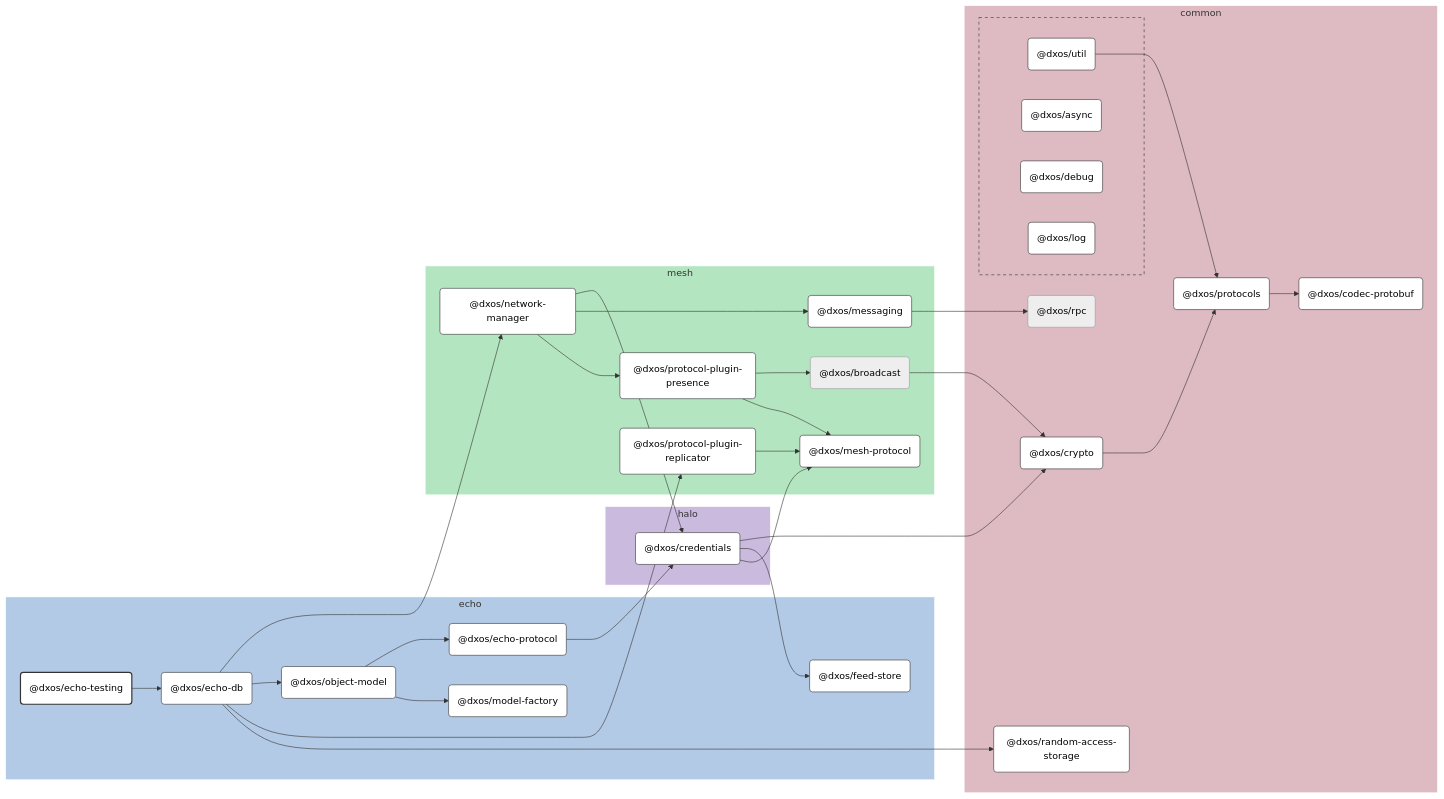
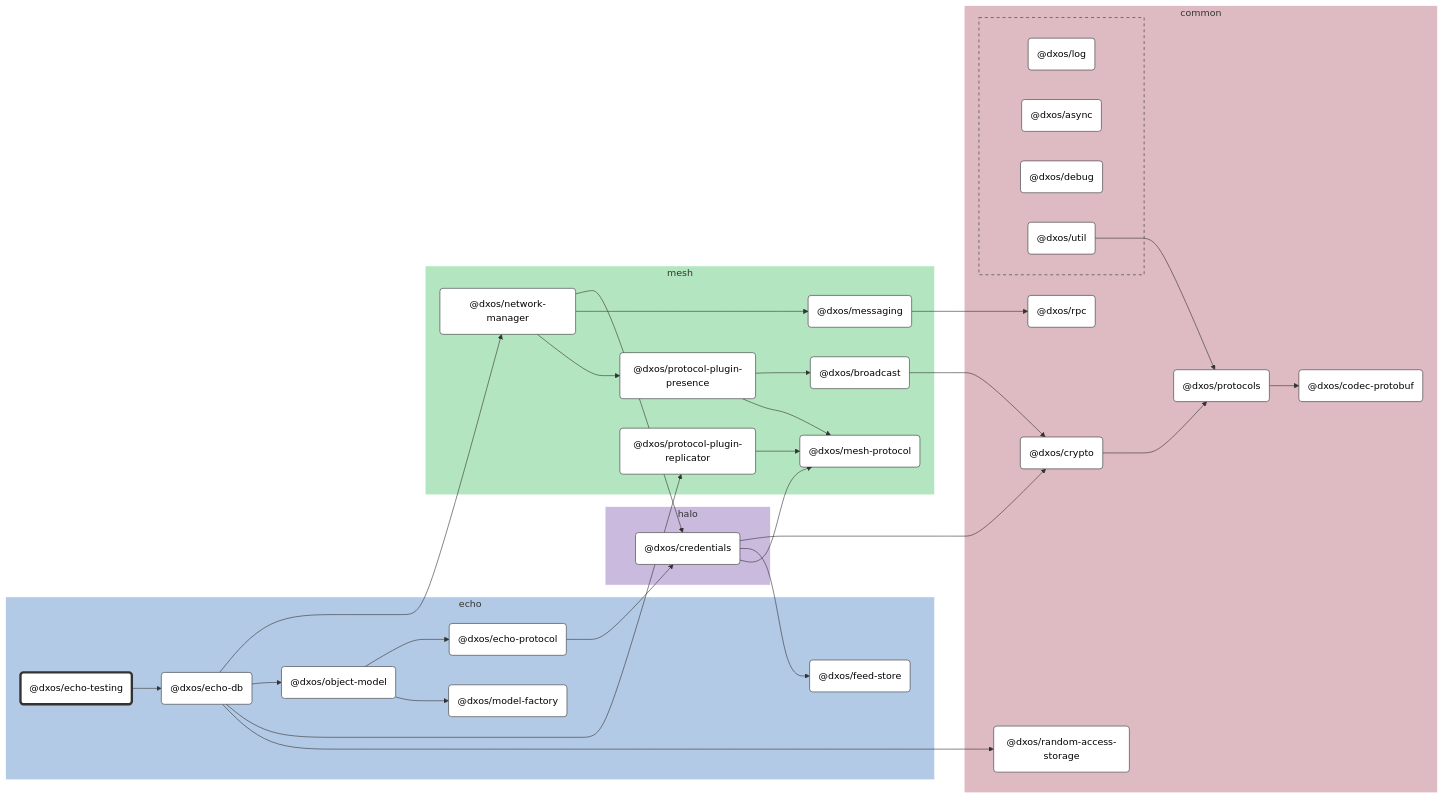
One commit to dxos/dxos changed the diagram in packages/echo/echo-testing/docs/README.md. Above: the diagram before and after it, drawn with Mermaid (neutral theme). The commit also changed other lines of this file and 104 other files, not shown here.

````diff
--- a/packages/echo/echo-testing/docs/README.md
+++ b/packages/echo/echo-testing/docs/README.md
@@ -9,124 +9,98 @@
 
 flowchart LR
 
-%% Links
-dxos/broadcast --> dxos/crypto;
-dxos/credentials --> dxos/crypto;
-dxos/credentials --> dxos/feed-store;
-dxos/credentials --> dxos/mesh-protocol;
-dxos/crypto --> dxos/protocols;
-dxos/echo-db --> dxos/network-manager;
-dxos/echo-db --> dxos/object-model;
-dxos/echo-db --> dxos/protocol-plugin-replicator;
-dxos/echo-db --> dxos/random-access-storage;
-dxos/echo-protocol --> dxos/credentials;
-dxos/echo-testing --> dxos/echo-db;
-dxos/messaging --> dxos/rpc;
-dxos/network-manager --> dxos/credentials;
-dxos/network-manager --> dxos/messaging;
-dxos/network-manager --> dxos/protocol-plugin-presence;
-dxos/object-model --> dxos/echo-protocol;
-dxos/object-model --> dxos/model-factory;
-dxos/protocol-plugin-presence --> dxos/broadcast;
-dxos/protocol-plugin-presence --> dxos/mesh-protocol;
-dxos/protocol-plugin-replicator --> dxos/mesh-protocol;
-dxos/protocols --> dxos/codec-protobuf;
-dxos/util --> dxos/protocols;
+%% Classes
+classDef def fill:#fff,stroke:#333,stroke-width:1px
+classDef root fill:#fff,stroke:#333,stroke-width:4px
 
-%% Sections
-subgraph echo
-  style echo fill:#b3cae6,stroke:#fff;
+%% Nodes
 
-  dxos/echo-db("@dxos/echo-db")
-  dxos/echo-protocol("@dxos/echo-protocol")
-  dxos/echo-testing("@dxos/echo-testing")
-  dxos/feed-store("@dxos/feed-store")
-  dxos/model-factory("@dxos/model-factory")
-  dxos/object-model("@dxos/object-model")
+subgraph echo [echo]
+  style echo fill:#b3cae6,stroke:#fff
+  dxos/echo-testing("@dxos/echo-testing"):::root
+  click dxos/echo-testing "dxos/dxos/tree/main/packages/echo/echo-testing/docs"
+  dxos/echo-db("@dxos/echo-db"):::def
+  click dxos/echo-db "dxos/dxos/tree/main/packages/echo/echo-db/docs"
+  dxos/feed-store("@dxos/feed-store"):::def
+  click dxos/feed-store "dxos/dxos/tree/main/packages/echo/feed-store/docs"
+  dxos/echo-protocol("@dxos/echo-protocol"):::def
+  click dxos/echo-protocol "dxos/dxos/tree/main/packages/echo/echo-protocol/docs"
+  dxos/model-factory("@dxos/model-factory"):::def
+  click dxos/model-factory "dxos/dxos/tree/main/packages/echo/model-factory/docs"
+  dxos/object-model("@dxos/object-model"):::def
+  click dxos/object-model "dxos/dxos/tree/main/packages/echo/object-model/docs"
 end
 
-subgraph common
-  style common fill:#debac2,stroke:#fff;
-
-  dxos/codec-protobuf("@dxos/codec-protobuf")
-  dxos/crypto("@dxos/crypto")
-  dxos/protocols("@dxos/protocols")
-  dxos/random-access-storage("@dxos/random-access-storage")
-  dxos/rpc("@dxos/rpc")
+subgraph common [common]
+  style common fill:#debac2,stroke:#fff
+  dxos/codec-protobuf("@dxos/codec-protobuf"):::def
+  click dxos/codec-protobuf "dxos/dxos/tree/main/packages/common/codec-protobuf/docs"
+  dxos/crypto("@dxos/crypto"):::def
+  click dxos/crypto "dxos/dxos/tree/main/packages/common/crypto/docs"
+  dxos/protocols("@dxos/protocols"):::def
+  click dxos/protocols "dxos/dxos/tree/main/packages/common/protocols/docs"
+  dxos/rpc("@dxos/rpc"):::def
+  click dxos/rpc "dxos/dxos/tree/main/packages/common/rpc/docs"
+  dxos/random-access-storage("@dxos/random-access-storage"):::def
+  click dxos/random-access-storage "dxos/dxos/tree/main/packages/common/random-access-storage/docs"
 
   subgraph common-excluded [ ]
-    style common-excluded fill:#debac2,stroke:#333,stroke-dasharray:5 5;
-
-    dxos/async("@dxos/async")
-    dxos/debug("@dxos/debug")
-    dxos/log("@dxos/log")
-    dxos/util("@dxos/util")
+    style common-excluded fill:#debac2,stroke:#333,stroke-dasharray:5 5
+    dxos/log("@dxos/log"):::def
+    click dxos/log "dxos/dxos/tree/main/packages/common/log/docs"
+    dxos/async("@dxos/async"):::def
+    click dxos/async "dxos/dxos/tree/main/packages/common/async/docs"
+    dxos/debug("@dxos/debug"):::def
+    click dxos/debug "dxos/dxos/tree/main/packages/common/debug/docs"
+    dxos/util("@dxos/util"):::def
+    click dxos/util "dxos/dxos/tree/main/packages/common/util/docs"
   end
 end
 
-subgraph halo
-  style halo fill:#cabade,stroke:#fff;
-
-  dxos/credentials("@dxos/credentials")
+subgraph halo [halo]
+  style halo fill:#cabade,stroke:#fff
+  dxos/credentials("@dxos/credentials"):::def
+  click dxos/credentials "dxos/dxos/tree/main/packages/halo/credentials/docs"
 end
 
-subgraph mesh
-  style mesh fill:#b3e6c0,stroke:#fff;
-
-  dxos/broadcast("@dxos/broadcast")
-  dxos/mesh-protocol("@dxos/mesh-protocol")
-  dxos/messaging("@dxos/messaging")
-  dxos/network-manager("@dxos/network-manager")
-  dxos/protocol-plugin-presence("@dxos/protocol-plugin-presence")
-  dxos/protocol-plugin-replicator("@dxos/protocol-plugin-replicator")
+subgraph mesh [mesh]
+  style mesh fill:#b3e6c0,stroke:#fff
+  dxos/mesh-protocol("@dxos/mesh-protocol"):::def
+  click dxos/mesh-protocol "dxos/dxos/tree/main/packages/mesh/mesh-protocol/docs"
+  dxos/messaging("@dxos/messaging"):::def
+  click dxos/messaging "dxos/dxos/tree/main/packages/mesh/messaging/docs"
+  dxos/network-manager("@dxos/network-manager"):::def
+  click dxos/network-manager "dxos/dxos/tree/main/packages/mesh/network-manager/docs"
+  dxos/protocol-plugin-presence("@dxos/protocol-plugin-presence"):::def
+  click dxos/protocol-plugin-presence "dxos/dxos/tree/main/packages/mesh/protocol-plugin-presence/docs"
+  dxos/broadcast("@dxos/broadcast"):::def
+  click dxos/broadcast "dxos/dxos/tree/main/packages/mesh/broadcast/docs"
+  dxos/protocol-plugin-replicator("@dxos/protocol-plugin-replicator"):::def
+  click dxos/protocol-plugin-replicator "dxos/dxos/tree/main/packages/mesh/protocol-plugin-replicator/docs"
 end
 
-
-%% Hyperlinks
-click dxos/async "dxos/dxos/tree/main/packages/common/async/docs";
-click dxos/codec-protobuf "dxos/dxos/tree/main/packages/common/codec-protobuf/docs";
-click dxos/credentials "dxos/dxos/tree/main/packages/halo/credentials/docs";
-click dxos/crypto "dxos/dxos/tree/main/packages/common/crypto/docs";
-click dxos/debug "dxos/dxos/tree/main/packages/common/debug/docs";
-click dxos/echo-db "dxos/dxos/tree/main/packages/echo/echo-db/docs";
-click dxos/echo-protocol "dxos/dxos/tree/main/packages/echo/echo-protocol/docs";
-click dxos/feed-store "dxos/dxos/tree/main/packages/echo/feed-store/docs";
-click dxos/log "dxos/dxos/tree/main/packages/common/log/docs";
-click dxos/mesh-protocol "dxos/dxos/tree/main/packages/mesh/mesh-protocol/docs";
-click dxos/messaging "dxos/dxos/tree/main/packages/mesh/messaging/docs";
-click dxos/model-factory "dxos/dxos/tree/main/packages/echo/model-factory/docs";
-click dxos/network-manager "dxos/dxos/tree/main/packages/mesh/network-manager/docs";
-click dxos/object-model "dxos/dxos/tree/main/packages/echo/object-model/docs";
-click dxos/protocol-plugin-presence "dxos/dxos/tree/main/packages/mesh/protocol-plugin-presence/docs";
-click dxos/protocol-plugin-replicator "dxos/dxos/tree/main/packages/mesh/protocol-plugin-replicator/docs";
-click dxos/protocols "dxos/dxos/tree/main/packages/common/protocols/docs";
-click dxos/random-access-storage "dxos/dxos/tree/main/packages/common/random-access-storage/docs";
-click dxos/util "dxos/dxos/tree/main/packages/common/util/docs";
-
-%% Styles
-classDef rootNode fill:#fff,stroke:#333,stroke-width:2px
-classDef defaultNode fill:#fff,stroke:#333,stroke-width:1px
+%% Links
 linkStyle default stroke:#333,stroke-width:1px
-
-dxos/echo-testing:::rootNode
-
-dxos/async:::defaultNode
-dxos/codec-protobuf:::defaultNode
-dxos/credentials:::defaultNode
-dxos/crypto:::defaultNode
-dxos/debug:::defaultNode
-dxos/echo-db:::defaultNode
-dxos/echo-protocol:::defaultNode
-dxos/feed-store:::defaultNode
-dxos/log:::defaultNode
-dxos/mesh-protocol:::defaultNode
-dxos/messaging:::defaultNode
-dxos/model-factory:::defaultNode
-dxos/network-manager:::defaultNode
-dxos/object-model:::defaultNode
-dxos/protocol-plugin-presence:::defaultNode
-dxos/protocol-plugin-replicator:::defaultNode
-dxos/protocols:::defaultNode
-dxos/random-access-storage:::defaultNode
-dxos/util:::defaultNode
+dxos/echo-testing --> dxos/echo-db
+dxos/credentials --> dxos/crypto
+dxos/crypto --> dxos/protocols
+dxos/protocols --> dxos/codec-protobuf
+dxos/credentials --> dxos/feed-store
+dxos/util --> dxos/protocols
+dxos/credentials --> dxos/mesh-protocol
+dxos/echo-protocol --> dxos/credentials
+dxos/messaging --> dxos/rpc
+dxos/echo-db --> dxos/network-manager
+dxos/network-manager --> dxos/credentials
+dxos/network-manager --> dxos/messaging
+dxos/network-manager --> dxos/protocol-plugin-presence
+dxos/protocol-plugin-presence --> dxos/broadcast
+dxos/broadcast --> dxos/crypto
+dxos/protocol-plugin-presence --> dxos/mesh-protocol
+dxos/echo-db --> dxos/object-model
+dxos/object-model --> dxos/echo-protocol
+dxos/object-model --> dxos/model-factory
+dxos/echo-db --> dxos/protocol-plugin-replicator
+dxos/protocol-plugin-replicator --> dxos/mesh-protocol
+dxos/echo-db --> dxos/random-access-storage
 ```
````
